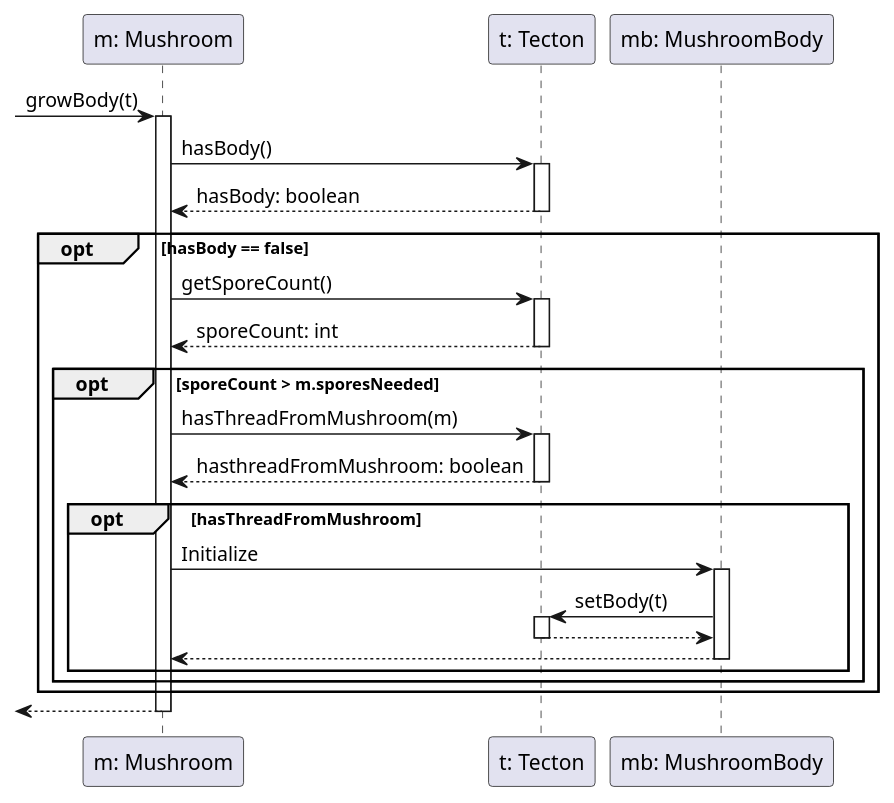
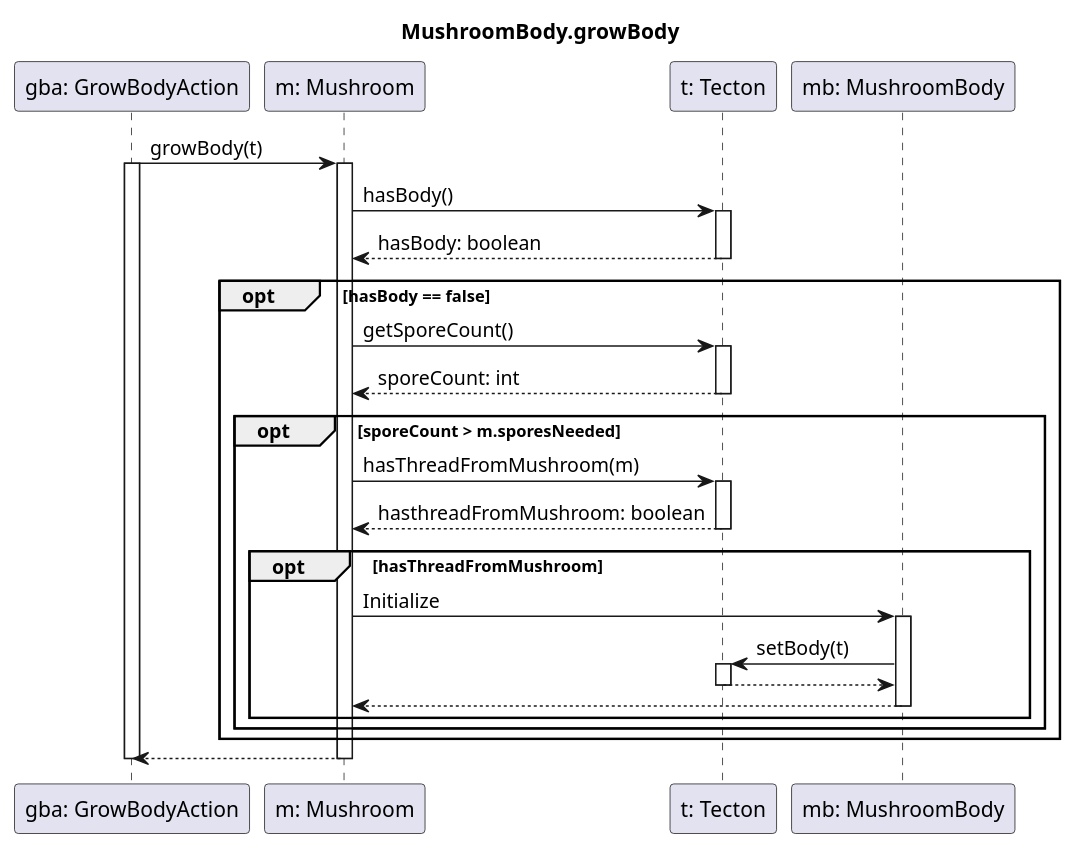
The diagram in diagrams/sequence/mushroom/mushroom_body/growBody.wsd (dzsem/projlab), drawn with PlantUML before and after one commit.

Commit message:
mushroom/mushroom_body/growBody fixed

```diff
--- a/diagrams/sequence/mushroom/mushroom_body/growBody.wsd
+++ b/diagrams/sequence/mushroom/mushroom_body/growBody.wsd
@@ -1,40 +1,46 @@
 @startuml Grow Body
+title MushroomBody.growBody
+
+participant "gba: GrowBodyAction" as gba
 participant "m: Mushroom" as m
 participant "t: Tecton" as t
 participant "mb: MushroomBody" as mb
 
--> m: growBody(t)
+gba -> m: growBody(t)
+activate gba
 activate m
 
 m -> t: hasBody()
 activate t
 t --> m: hasBody: boolean
 deactivate t
 
     opt hasBody == false
         m -> t: getSporeCount()
         activate t
         t --> m: sporeCount: int
         deactivate t
         
         opt sporeCount > m.sporesNeeded
             m -> t: hasThreadFromMushroom(m)
             activate t
             t --> m: hasthreadFromMushroom: boolean
             deactivate t
 
             opt hasThreadFromMushroom
                 m -> mb: Initialize
                 activate mb
                 mb -> t: setBody(t)
                 activate t
                 t --> mb
                 deactivate t
                 mb --> m
                 deactivate mb
             end
         end
     end
-<-- m
+gba <-- m
 deactivate m
+deactivate gba
+
 @enduml
```
